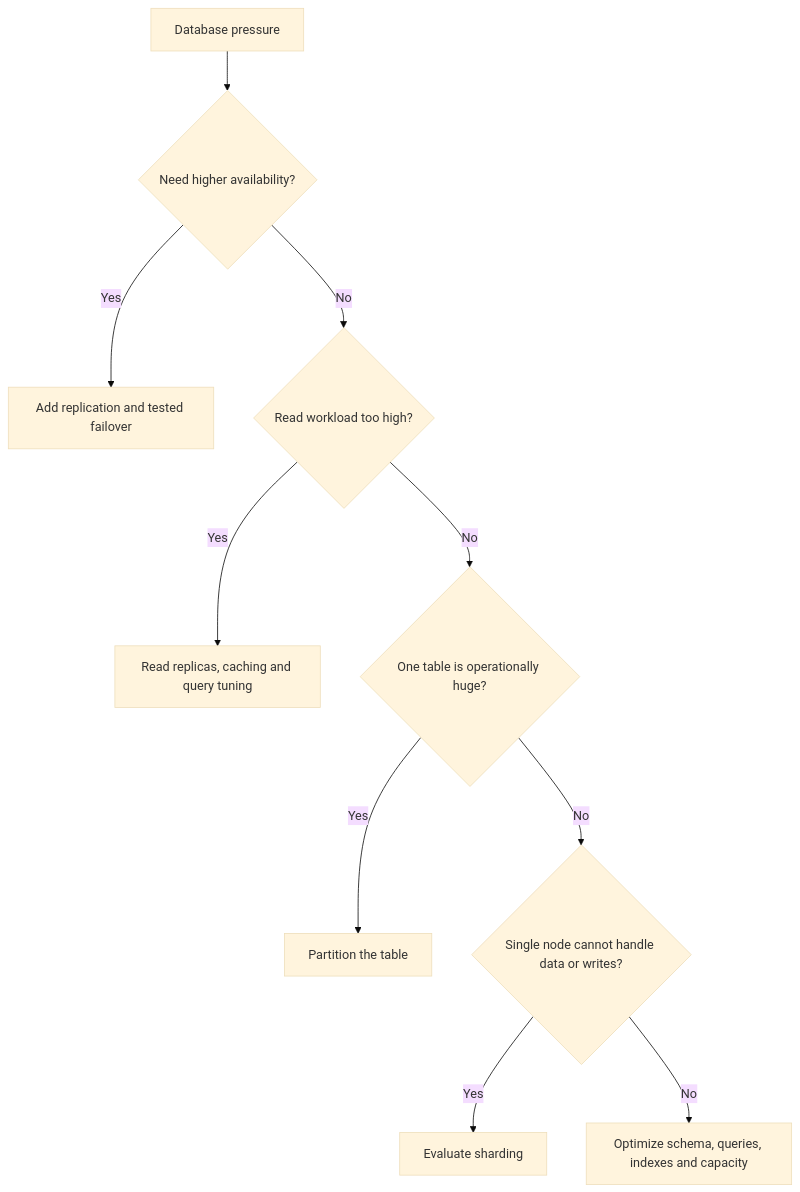
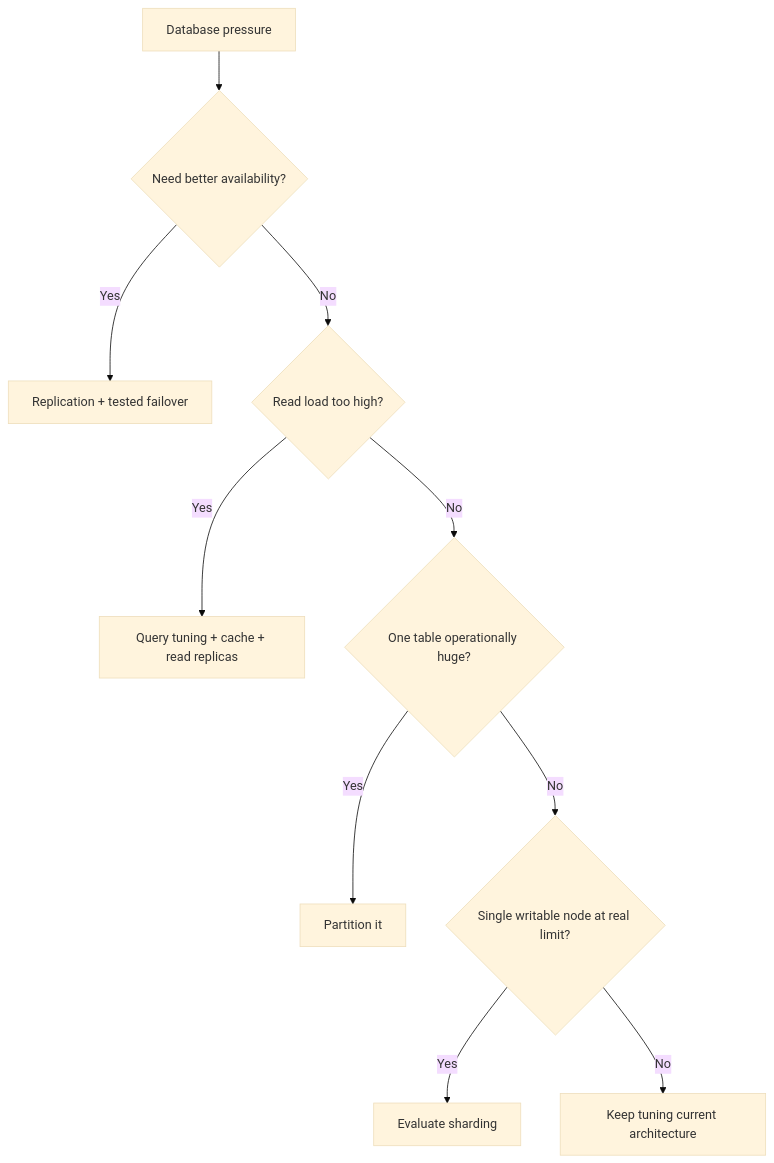
Before and after one commit to AvadhBhalodiya/Interview-Preparation: diagram 12 of 12 in src/content/databases/replication-sharding-partitioning.md, drawn with Mermaid (base theme). The commit also changed other lines of this file and 80 other files, not shown here.

````diff
--- a/src/content/databases/replication-sharding-partitioning.md
+++ b/src/content/databases/replication-sharding-partitioning.md
@@ -1384,15 +863,12 @@
 ```mermaid
 flowchart TD
-    START[Database pressure] --> Q1{Need higher availability?}
-    Q1 -->|Yes| REP[Add replication and tested failover]
-    Q1 -->|No| Q2{Read workload too high?}
-
-    Q2 -->|Yes| READ[Read replicas, caching and query tuning]
-    Q2 -->|No| Q3{One table is operationally huge?}
-
-    Q3 -->|Yes| PART[Partition the table]
-    Q3 -->|No| Q4{Single node cannot handle data or writes?}
-
-    Q4 -->|Yes| SHARD[Evaluate sharding]
-    Q4 -->|No| TUNE[Optimize schema, queries, indexes and capacity]
+    START[Database pressure] --> A{Need better availability?}
+    A -->|Yes| REP[Replication + tested failover]
+    A -->|No| B{Read load too high?}
+    B -->|Yes| READ[Query tuning + cache + read replicas]
+    B -->|No| C{One table operationally huge?}
+    C -->|Yes| PART[Partition it]
+    C -->|No| D{Single writable node at real limit?}
+    D -->|Yes| SHARD[Evaluate sharding]
+    D -->|No| TUNE[Keep tuning current architecture]
 ```
````
